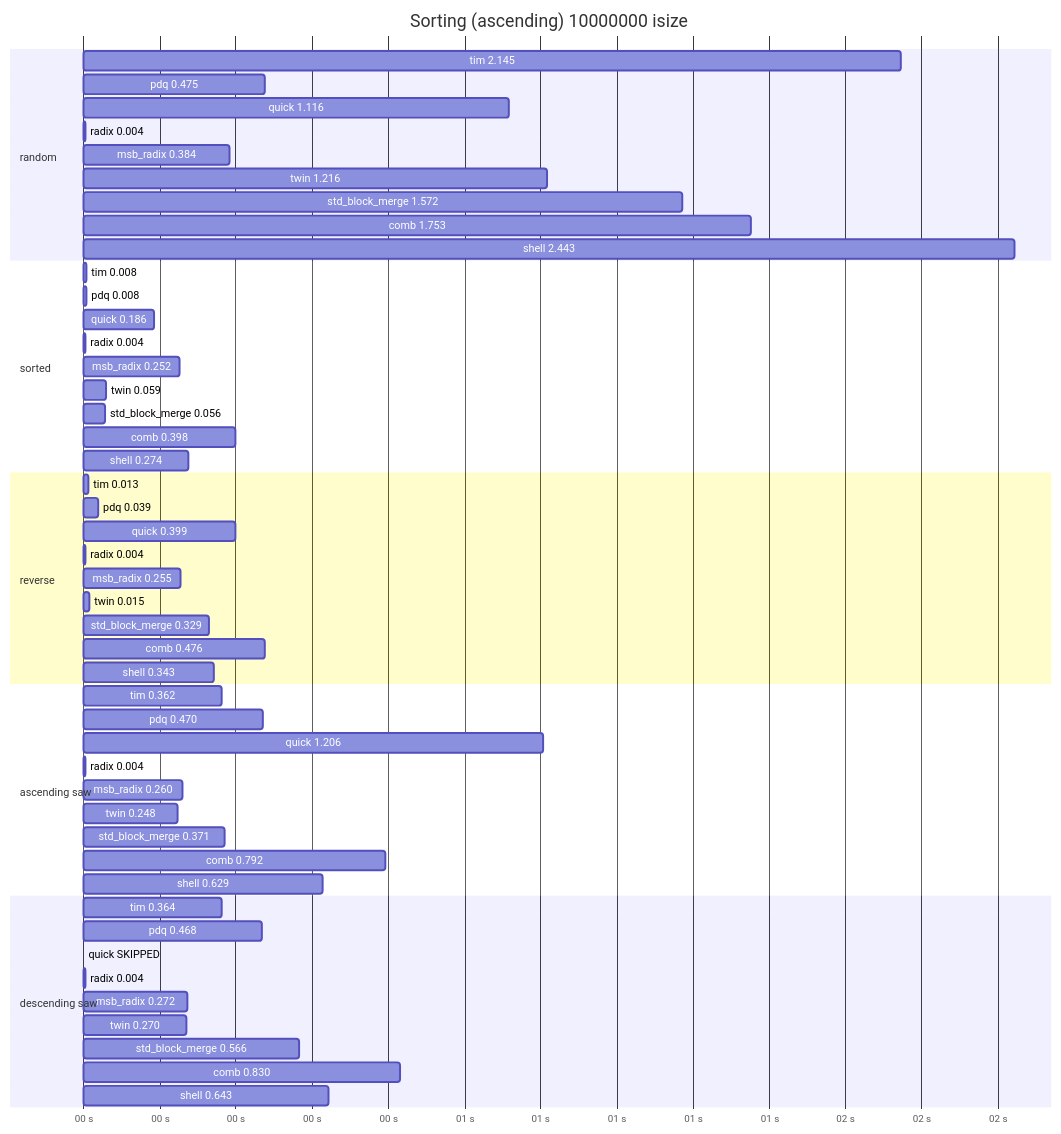
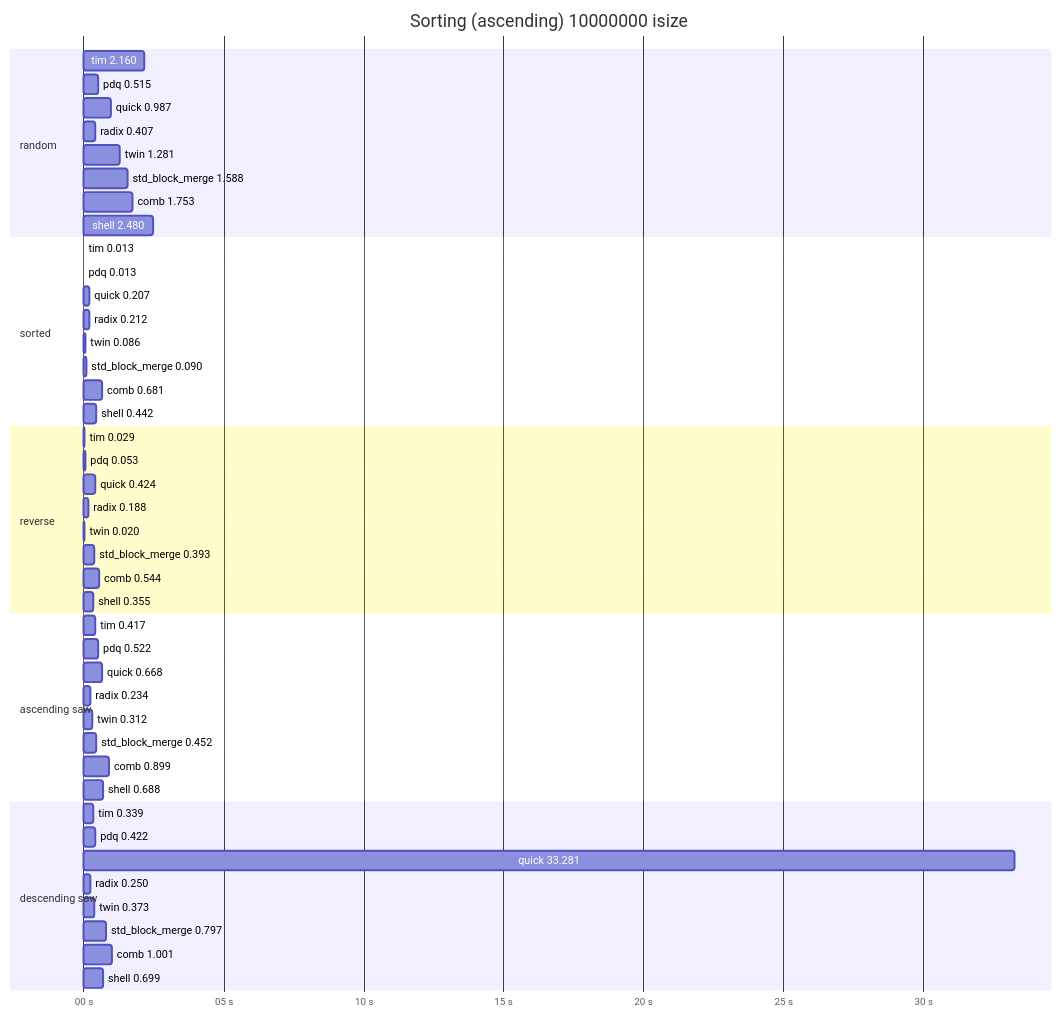
The second of 2 diagrams in README.md (alichraghi/zort), drawn with Mermaid before and after one commit. The commit also changed other lines of this file and 1 other file, not shown here.

````diff
--- a/README.md
+++ b/README.md
@@ -215,56 +94,51 @@
 ```mermaid
 gantt
     title Sorting (ascending) 10000000 isize
     dateFormat x
     axisFormat %S s
     section random
-    tim 2.145: 0,2145
-    pdq 0.475: 0,475
-    quick 1.116: 0,1116
-    radix 0.004: 0,4
-    msb_radix 0.384: 0,384
-    twin 1.216: 0,1216
-    std_block_merge 1.572: 0,1572
+    tim 2.160: 0,2160
+    pdq 0.515: 0,515
+    quick 0.987: 0,987
+    radix 0.407: 0,407
+    twin 1.281: 0,1281
+    std_block_merge 1.588: 0,1588
     comb 1.753: 0,1753
-    shell 2.443: 0,2444
+    shell 2.480: 0,2481
     section sorted
-    tim 0.008: 0,8
-    pdq 0.008: 0,8
-    quick 0.186: 0,186
-    radix 0.004: 0,4
-    msb_radix 0.252: 0,252
-    twin 0.059: 0,59
-    std_block_merge 0.056: 0,56
-    comb 0.398: 0,398
-    shell 0.274: 0,274
+    tim 0.013: 0,13
+    pdq 0.013: 0,13
+    quick 0.207: 0,207
+    radix 0.212: 0,212
+    twin 0.086: 0,86
+    std_block_merge 0.090: 0,90
+    comb 0.681: 0,681
+    shell 0.442: 0,442
     section reverse
-    tim 0.013: 0,13
-    pdq 0.039: 0,39
-    quick 0.399: 0,399
-    radix 0.004: 0,4
-    msb_radix 0.255: 0,255
-    twin 0.015: 0,15
-    std_block_merge 0.329: 0,329
-    comb 0.476: 0,476
-    shell 0.343: 0,343
+    tim 0.029: 0,29
+    pdq 0.053: 0,53
+    quick 0.424: 0,424
+    radix 0.188: 0,188
+    twin 0.020: 0,20
+    std_block_merge 0.393: 0,393
+    comb 0.544: 0,544
+    shell 0.355: 0,355
     section ascending saw
-    tim 0.362: 0,362
-    pdq 0.470: 0,470
-    quick 1.206: 0,1206
-    radix 0.004: 0,4
-    msb_radix 0.260: 0,260
-    twin 0.248: 0,248
-    std_block_merge 0.371: 0,371
-    comb 0.792: 0,792
-    shell 0.629: 0,629
+    tim 0.417: 0,417
+    pdq 0.522: 0,522
+    quick 0.668: 0,668
+    radix 0.234: 0,234
+    twin 0.312: 0,312
+    std_block_merge 0.452: 0,452
+    comb 0.899: 0,899
+    shell 0.688: 0,688
     section descending saw
-    tim 0.364: 0,364
-    pdq 0.468: 0,468
-    quick SKIPPED: 0
-    radix 0.004: 0,4
-    msb_radix 0.272: 0,272
-    twin 0.270: 0,270
-    std_block_merge 0.566: 0,566
-    comb 0.830: 0,830
-    shell 0.643: 0,643
+    tim 0.339: 0,339
+    pdq 0.422: 0,422
+    quick 33.281: 0,33269
+    radix 0.250: 0,250
+    twin 0.373: 0,373
+    std_block_merge 0.797: 0,797
+    comb 1.001: 0,1001
+    shell 0.699: 0,699
 ```
````
